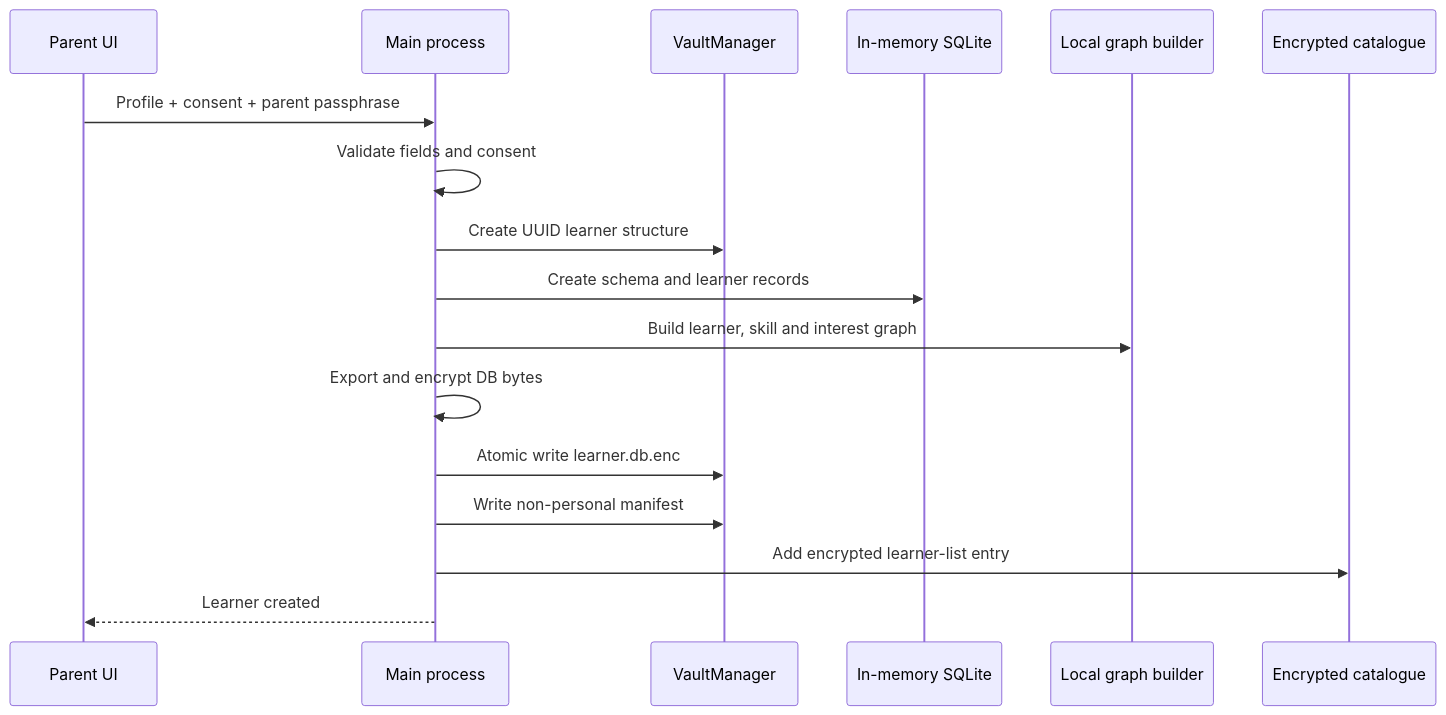
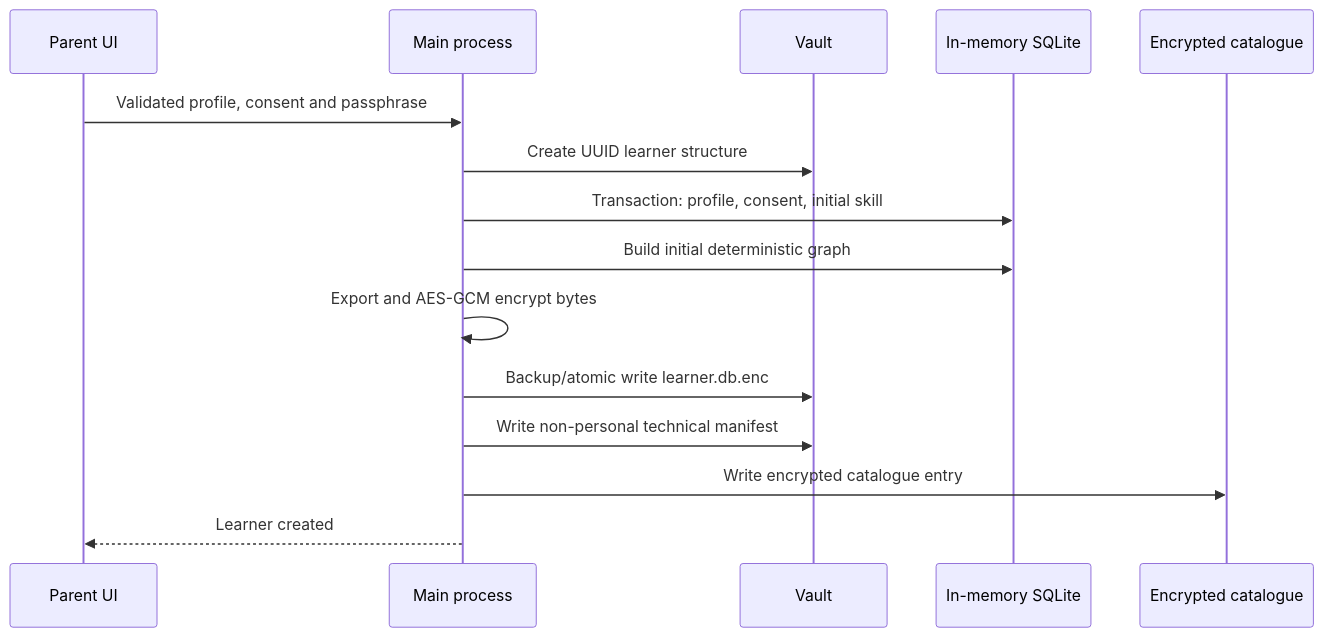
The second of 2 diagrams in docs/architecture.md (inbharatai/mindcarry), drawn with Mermaid before and after one commit. The commit also changed other lines of this file and 17 other files, not shown here.

````diff
--- a/docs/architecture.md
+++ b/docs/architecture.md
@@ -182,20 +127,18 @@
 ```mermaid
 sequenceDiagram
     participant P as Parent UI
     participant M as Main process
-    participant V as VaultManager
+    participant V as Vault
     participant DB as In-memory SQLite
-    participant G as Local graph builder
     participant C as Encrypted catalogue
 
-    P->>M: Profile + consent + parent passphrase
-    M->>M: Validate fields and consent
+    P->>M: Validated profile, consent and passphrase
     M->>V: Create UUID learner structure
-    M->>DB: Create schema and learner records
-    M->>G: Build learner, skill and interest graph
-    M->>M: Export and encrypt DB bytes
-    M->>V: Atomic write learner.db.enc
-    M->>V: Write non-personal manifest
-    M->>C: Add encrypted learner-list entry
+    M->>DB: Transaction: profile, consent, initial skill
+    M->>DB: Build initial deterministic graph
+    M->>M: Export and AES-GCM encrypt bytes
+    M->>V: Backup/atomic write learner.db.enc
+    M->>V: Write non-personal technical manifest
+    M->>C: Write encrypted catalogue entry
     M-->>P: Learner created
 ```
````
